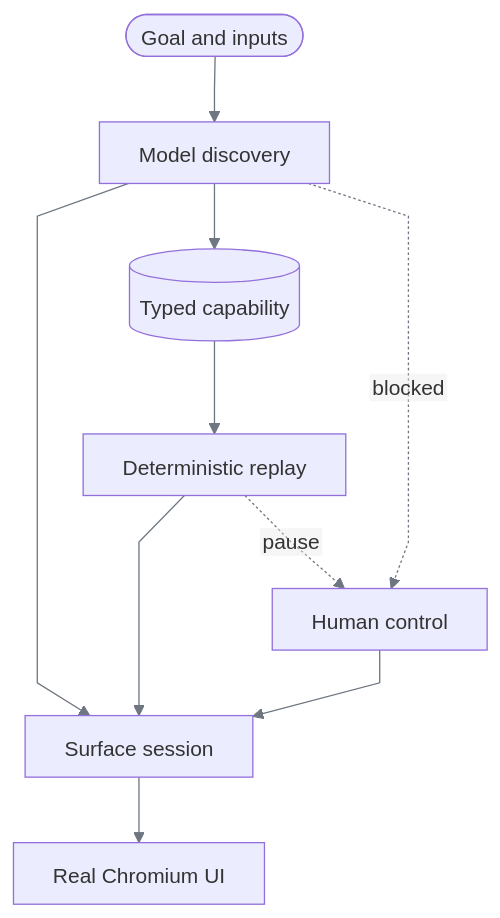
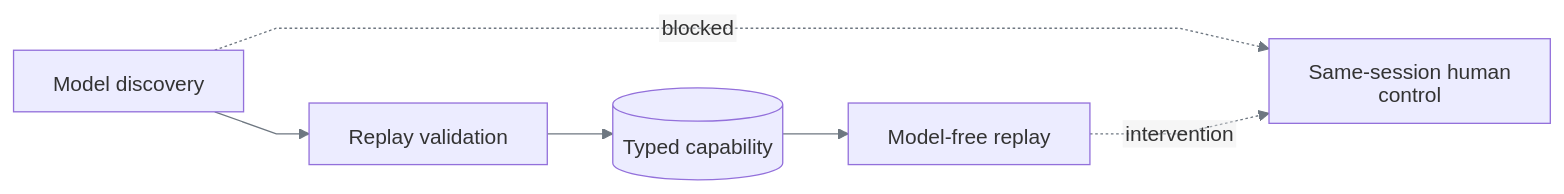
One commit to SivaTSS/replay-forge changed the diagram in REPORT.md. Above: the diagram before and after it, drawn with Mermaid. The commit also changed other lines of this file and 13 other files, not shown here.

````diff
--- a/REPORT.md
+++ b/REPORT.md
@@ -15,13 +10,9 @@
 ```mermaid
 %%{init: {"htmlLabels":false,"themeVariables":{"lineColor":"#6E7781","signalColor":"#6E7781"},"flowchart":{"curve":"linear"},"sequence":{"wrap":true}}}%%
-flowchart TB
-    G([Goal and inputs]) --> D[Model discovery]
-    D --> A[(Typed capability)]
-    A --> R[Deterministic replay]
-    D --> S[Surface session]
-    R --> S
-    S --> B[Real Chromium UI]
-    R -. pause .-> H[Human control]
-    D -. blocked .-> H
-    H --> S
+flowchart LR
+    D[Model discovery] --> V[Replay validation]
+    V --> A[(Typed capability)]
+    A --> R[Model-free replay]
+    D -. blocked .-> H[Same-session human control]
+    R -. intervention .-> H
 ```
````
